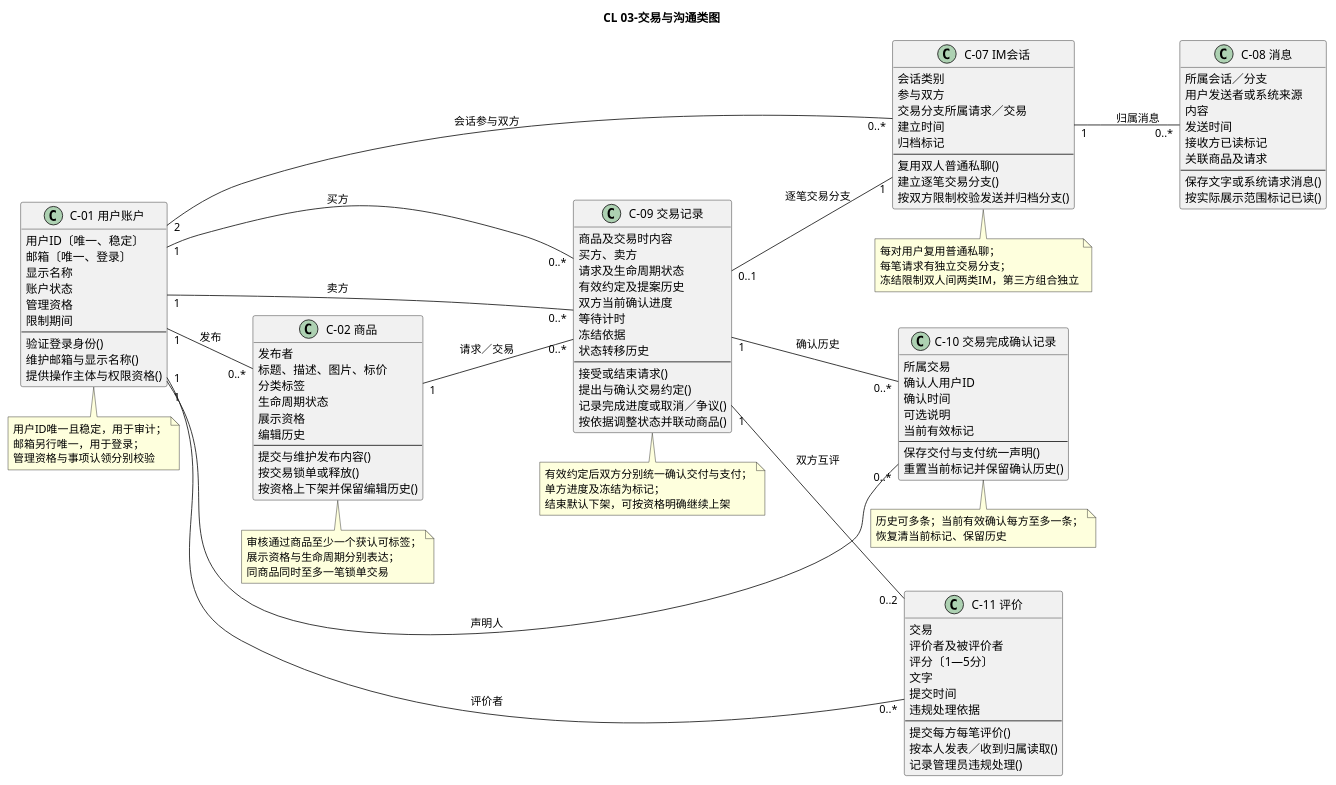
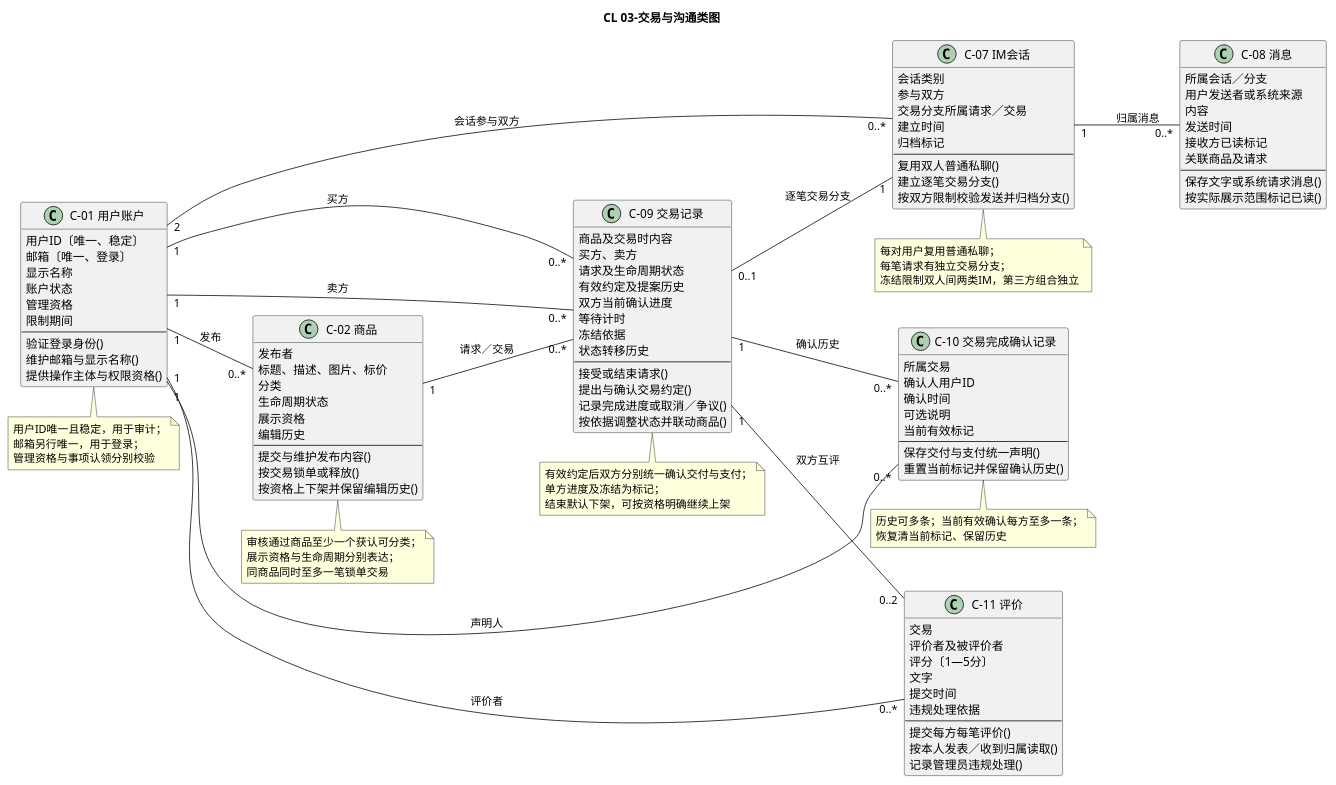
One commit to iy88/se-course-project-1 changed the diagram in docs/appendices/models/CL-03-交易与沟通类图.puml. Above: the diagram before and after it, drawn with PlantUML. The commit also changed other lines of this file and 53 other files, not shown here.

```diff
--- a/docs/appendices/models/CL-03-交易与沟通类图.puml
+++ b/docs/appendices/models/CL-03-交易与沟通类图.puml
@@ -6,129 +6,129 @@
 @startuml
 skinparam defaultFontName "PingFang SC"
 skinparam shadowing false
 skinparam classAttributeIconSize 0
 skinparam nodesep 35
 skinparam ranksep 45
 hide empty members
 
 title CL 03-交易与沟通类图
 left to right direction
 class "C-01 用户账户" as C01 {
   用户ID〔唯一、稳定〕
   邮箱〔唯一、登录〕
   显示名称
   账户状态
   管理资格
   限制期间
   --
   验证登录身份()
   维护邮箱与显示名称()
   提供操作主体与权限资格()
 }
 class "C-02 商品" as C02 {
   发布者
   标题、描述、图片、标价
-  分类标签
+  分类
   生命周期状态
   展示资格
   编辑历史
   --
   提交与维护发布内容()
   按交易锁单或释放()
   按资格上下架并保留编辑历史()
 }
 class "C-07 IM会话" as C07 {
   会话类别
   参与双方
   交易分支所属请求／交易
   建立时间
   归档标记
   --
   复用双人普通私聊()
   建立逐笔交易分支()
   按双方限制校验发送并归档分支()
 }
 class "C-08 消息" as C08 {
   所属会话／分支
   用户发送者或系统来源
   内容
   发送时间
   接收方已读标记
   关联商品及请求
   --
   保存文字或系统请求消息()
   按实际展示范围标记已读()
 }
 class "C-09 交易记录" as C09 {
   商品及交易时内容
   买方、卖方
   请求及生命周期状态
   有效约定及提案历史
   双方当前确认进度
   等待计时
   冻结依据
   状态转移历史
   --
   接受或结束请求()
   提出与确认交易约定()
   记录完成进度或取消／争议()
   按依据调整状态并联动商品()
 }
 class "C-10 交易完成确认记录" as C10 {
   所属交易
   确认人用户ID
   确认时间
   可选说明
   当前有效标记
   --
   保存交付与支付统一声明()
   重置当前标记并保留确认历史()
 }
 class "C-11 评价" as C11 {
   交易
   评价者及被评价者
   评分〔1—5分〕
   文字
   提交时间
   违规处理依据
   --
   提交每方每笔评价()
   按本人发表／收到归属读取()
   记录管理员违规处理()
 }
 C01 "1" -- "0..*" C02 : 发布
 C02 "1" -- "0..*" C09 : 请求／交易
 C01 "2" -- "0..*" C07 : 会话参与双方
 C09 "0..1" -- "1" C07 : 逐笔交易分支
 C01 "1" -- "0..*" C09 : 买方
 C01 "1" -- "0..*" C09 : 卖方
 C09 "1" -- "0..*" C10 : 确认历史
 C01 "1" -- "0..*" C10 : 声明人
 C09 "1" -- "0..2" C11 : 双方互评
 C01 "1" -- "0..*" C11 : 评价者
 C07 "1" -- "0..*" C08 : 归属消息
 note bottom of C01
 用户ID唯一且稳定，用于审计；
 邮箱另行唯一，用于登录；
 管理资格与事项认领分别校验
 end note
 note bottom of C02
-审核通过商品至少一个获认可标签；
+审核通过商品至少一个获认可分类；
 展示资格与生命周期分别表达；
 同商品同时至多一笔锁单交易
 end note
 note bottom of C07
 每对用户复用普通私聊；
 每笔请求有独立交易分支；
 冻结限制双人间两类IM，第三方组合独立
 end note
 note bottom of C09
 有效约定后双方分别统一确认交付与支付；
 单方进度及冻结为标记；
 结束默认下架，可按资格明确继续上架
 end note
 note bottom of C10
 历史可多条；当前有效确认每方至多一条；
 恢复清当前标记、保留历史
 end note
 @enduml
```
